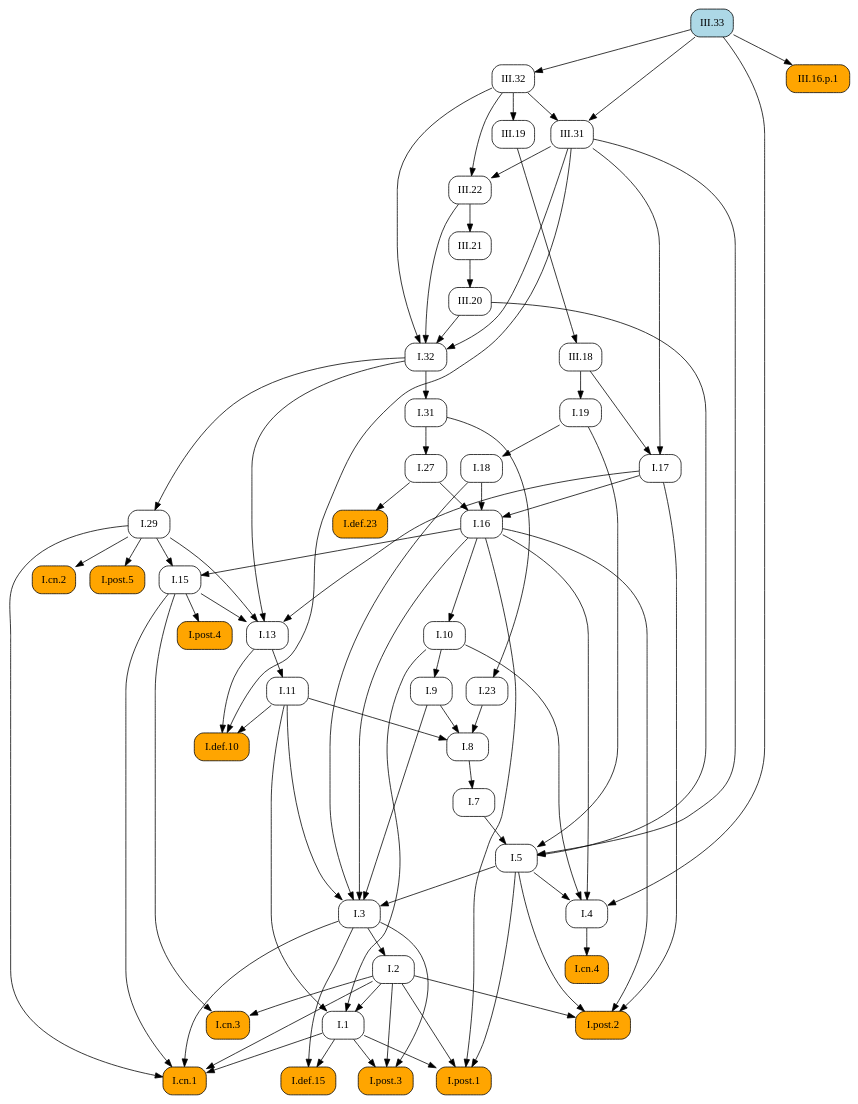
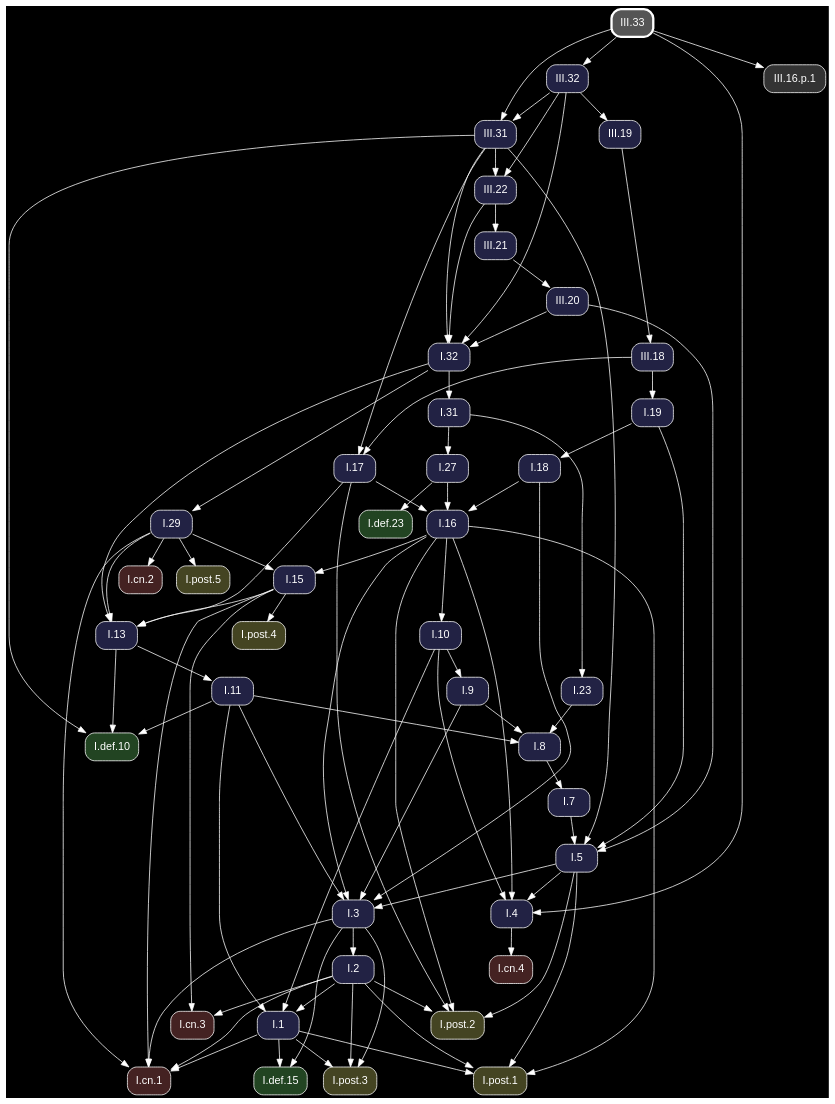
Before and after one commit to geometor/elements: the diagram in docsrc/heath/III/33/index.rst, drawn with Graphviz. The commit also changed other lines of this file and 1200 other files, not shown here.

Commit message:
update dependency graphs

```diff
--- a/docsrc/heath/III/33/index.rst
+++ b/docsrc/heath/III/33/index.rst
@@ -138,77 +138,57 @@
 .. graphviz::
 
    digraph {
+     bgcolor="black";
+     node [shape=box, style="rounded,filled", fontname="Helvetica", color="white", fontcolor="white"];
+     edge [color="white", fontcolor="white"];
      rankdir="TB";
-     node [shape=box, style=rounded];
-     "I.23" [URL="/heath/I/23/", target="_top"];
-     "I.9" [URL="/heath/I/9/", target="_top"];
-     "I.32" [URL="/heath/I/32/", target="_top"];
-     "III.16.p.1" [style="rounded,filled", fillcolor=orange];
-     "I.def.15" [style="rounded,filled", fillcolor=orange, URL="/heath/I/def.15/", target="_top"];
-     "I.post.3" [style="rounded,filled", fillcolor=orange, URL="/heath/I/post.3/", target="_top"];
-     "I.post.1" [style="rounded,filled", fillcolor=orange, URL="/heath/I/post.1/", target="_top"];
-     "I.19" [URL="/heath/I/19/", target="_top"];
-     "III.20" [URL="/heath/III/20/", target="_top"];
-     "III.19" [URL="/heath/III/19/", target="_top"];
-     "I.31" [URL="/heath/I/31/", target="_top"];
-     "III.22" [URL="/heath/III/22/", target="_top"];
-     "I.def.10" [style="rounded,filled", fillcolor=orange, URL="/heath/I/def.10/", target="_top"];
-     "I.18" [URL="/heath/I/18/", target="_top"];
-     "I.27" [URL="/heath/I/27/", target="_top"];
-     "I.3" [URL="/heath/I/3/", target="_top"];
-     "I.cn.1" [style="rounded,filled", fillcolor=orange, URL="/heath/I/cn.1/", target="_top"];
-     "III.18" [URL="/heath/III/18/", target="_top"];
-     "I.7" [URL="/heath/I/7/", target="_top"];
-     "III.32" [URL="/heath/III/32/", target="_top"];
-     "I.2" [URL="/heath/I/2/", target="_top"];
-     "I.13" [URL="/heath/I/13/", target="_top"];
-     "I.post.4" [style="rounded,filled", fillcolor=orange, URL="/heath/I/post.4/", target="_top"];
-     "I.4" [URL="/heath/I/4/", target="_top"];
-     "I.1" [URL="/heath/I/1/", target="_top"];
-     "I.5" [URL="/heath/I/5/", target="_top"];
-     "I.17" [URL="/heath/I/17/", target="_top"];
-     "I.8" [URL="/heath/I/8/", target="_top"];
-     "I.29" [URL="/heath/I/29/", target="_top"];
-     "I.cn.3" [style="rounded,filled", fillcolor=orange, URL="/heath/I/cn.3/", target="_top"];
-     "I.16" [URL="/heath/I/16/", target="_top"];
-     "III.31" [URL="/heath/III/31/", target="_top"];
-     "III.33" [style="rounded,filled", fillcolor=lightblue, URL="/heath/III/33/", target="_top"];
-     "I.15" [URL="/heath/I/15/", target="_top"];
-     "I.10" [URL="/heath/I/10/", target="_top"];
-     "I.11" [URL="/heath/I/11/", target="_top"];
-     "I.def.23" [style="rounded,filled", fillcolor=orange, URL="/heath/I/def.23/", target="_top"];
-     "I.cn.2" [style="rounded,filled", fillcolor=orange, URL="/heath/I/cn.2/", target="_top"];
-     "I.post.5" [style="rounded,filled", fillcolor=orange, URL="/heath/I/post.5/", target="_top"];
-     "I.cn.4" [style="rounded,filled", fillcolor=orange, URL="/heath/I/cn.4/", target="_top"];
-     "III.21" [URL="/heath/III/21/", target="_top"];
-     "I.post.2" [style="rounded,filled", fillcolor=orange, URL="/heath/I/post.2/", target="_top"];
-     "I.31" -> "I.23";
-     "I.10" -> "I.9";
+     "I.31" [fillcolor="#222244", URL="/heath/I/31/", target="_top"];
+     "I.32" [fillcolor="#222244", URL="/heath/I/32/", target="_top"];
+     "I.3" [fillcolor="#222244", URL="/heath/I/3/", target="_top"];
+     "I.cn.1" [fillcolor="#442222", URL="/heath/I/cn.1/", target="_top"];
+     "I.19" [fillcolor="#222244", URL="/heath/I/19/", target="_top"];
+     "I.def.10" [fillcolor="#224422", URL="/heath/I/def.10/", target="_top"];
+     "III.32" [fillcolor="#222244", URL="/heath/III/32/", target="_top"];
+     "I.15" [fillcolor="#222244", URL="/heath/I/15/", target="_top"];
+     "III.18" [fillcolor="#222244", URL="/heath/III/18/", target="_top"];
+     "I.13" [fillcolor="#222244", URL="/heath/I/13/", target="_top"];
+     "I.27" [fillcolor="#222244", URL="/heath/I/27/", target="_top"];
+     "I.2" [fillcolor="#222244", URL="/heath/I/2/", target="_top"];
+     "I.cn.2" [fillcolor="#442222", URL="/heath/I/cn.2/", target="_top"];
+     "I.9" [fillcolor="#222244", URL="/heath/I/9/", target="_top"];
+     "I.1" [fillcolor="#222244", URL="/heath/I/1/", target="_top"];
+     "I.post.5" [fillcolor="#444422", URL="/heath/I/post.5/", target="_top"];
+     "I.post.4" [fillcolor="#444422", URL="/heath/I/post.4/", target="_top"];
+     "I.23" [fillcolor="#222244", URL="/heath/I/23/", target="_top"];
+     "I.8" [fillcolor="#222244", URL="/heath/I/8/", target="_top"];
+     "I.4" [fillcolor="#222244", URL="/heath/I/4/", target="_top"];
+     "III.33" [penwidth=3, color="white", fillcolor="#555555", URL="/heath/III/33/", target="_top"];
+     "I.7" [fillcolor="#222244", URL="/heath/I/7/", target="_top"];
+     "I.5" [fillcolor="#222244", URL="/heath/I/5/", target="_top"];
+     "I.10" [fillcolor="#222244", URL="/heath/I/10/", target="_top"];
+     "III.22" [fillcolor="#222244", URL="/heath/III/22/", target="_top"];
+     "I.post.1" [fillcolor="#444422", URL="/heath/I/post.1/", target="_top"];
+     "I.11" [fillcolor="#222244", URL="/heath/I/11/", target="_top"];
+     "I.16" [fillcolor="#222244", URL="/heath/I/16/", target="_top"];
+     "I.cn.3" [fillcolor="#442222", URL="/heath/I/cn.3/", target="_top"];
+     "III.21" [fillcolor="#222244", URL="/heath/III/21/", target="_top"];
+     "I.post.2" [fillcolor="#444422", URL="/heath/I/post.2/", target="_top"];
+     "I.29" [fillcolor="#222244", URL="/heath/I/29/", target="_top"];
+     "I.cn.4" [fillcolor="#442222", URL="/heath/I/cn.4/", target="_top"];
+     "I.def.23" [fillcolor="#224422", URL="/heath/I/def.23/", target="_top"];
+     "III.19" [fillcolor="#222244", URL="/heath/III/19/", target="_top"];
+     "III.31" [fillcolor="#222244", URL="/heath/III/31/", target="_top"];
+     "I.post.3" [fillcolor="#444422", URL="/heath/I/post.3/", target="_top"];
+     "I.18" [fillcolor="#222244", URL="/heath/I/18/", target="_top"];
+     "III.20" [fillcolor="#222244", URL="/heath/III/20/", target="_top"];
+     "I.def.15" [fillcolor="#224422", URL="/heath/I/def.15/", target="_top"];
+     "I.17" [fillcolor="#222244", URL="/heath/I/17/", target="_top"];
+     "III.16.p.1" [fillcolor="#333333"];
+     "I.32" -> "I.31";
      "III.20" -> "I.32";
      "III.22" -> "I.32";
      "III.31" -> "I.32";
      "III.32" -> "I.32";
-     "III.33" -> "III.16.p.1";
-     "I.1" -> "I.def.15";
-     "I.3" -> "I.def.15";
-     "I.1" -> "I.post.3";
-     "I.2" -> "I.post.3";
-     "I.3" -> "I.post.3";
-     "I.1" -> "I.post.1";
-     "I.2" -> "I.post.1";
-     "I.5" -> "I.post.1";
-     "I.16" -> "I.post.1";
-     "III.18" -> "I.19";
-     "III.21" -> "III.20";
-     "III.32" -> "III.19";
-     "I.32" -> "I.31";
-     "III.31" -> "III.22";
-     "III.32" -> "III.22";
-     "I.11" -> "I.def.10";
-     "I.13" -> "I.def.10";
-     "III.31" -> "I.def.10";
-     "I.19" -> "I.18";
-     "I.31" -> "I.27";
      "I.5" -> "I.3";
      "I.9" -> "I.3";
      "I.11" -> "I.3";
@@ -219,50 +199,72 @@
      "I.3" -> "I.cn.1";
      "I.15" -> "I.cn.1";
      "I.29" -> "I.cn.1";
+     "III.18" -> "I.19";
+     "I.11" -> "I.def.10";
+     "I.13" -> "I.def.10";
+     "III.31" -> "I.def.10";
+     "III.33" -> "III.32";
+     "I.16" -> "I.15";
+     "I.29" -> "I.15";
      "III.19" -> "III.18";
-     "I.8" -> "I.7";
-     "III.33" -> "III.32";
-     "I.3" -> "I.2";
      "I.15" -> "I.13";
      "I.17" -> "I.13";
      "I.29" -> "I.13";
      "I.32" -> "I.13";
+     "I.31" -> "I.27";
+     "I.3" -> "I.2";
+     "I.29" -> "I.cn.2";
+     "I.10" -> "I.9";
+     "I.2" -> "I.1";
+     "I.10" -> "I.1";
+     "I.11" -> "I.1";
+     "I.29" -> "I.post.5";
      "I.15" -> "I.post.4";
+     "I.31" -> "I.23";
+     "I.9" -> "I.8";
+     "I.11" -> "I.8";
+     "I.23" -> "I.8";
      "I.5" -> "I.4";
      "I.10" -> "I.4";
      "I.16" -> "I.4";
      "III.33" -> "I.4";
-     "I.2" -> "I.1";
-     "I.10" -> "I.1";
-     "I.11" -> "I.1";
+     "I.8" -> "I.7";
      "I.7" -> "I.5";
      "I.19" -> "I.5";
      "III.20" -> "I.5";
      "III.31" -> "I.5";
-     "III.18" -> "I.17";
-     "III.31" -> "I.17";
-     "I.9" -> "I.8";
-     "I.11" -> "I.8";
-     "I.23" -> "I.8";
-     "I.32" -> "I.29";
-     "I.2" -> "I.cn.3";
-     "I.15" -> "I.cn.3";
+     "I.16" -> "I.10";
+     "III.31" -> "III.22";
+     "III.32" -> "III.22";
+     "I.1" -> "I.post.1";
+     "I.2" -> "I.post.1";
+     "I.5" -> "I.post.1";
+     "I.16" -> "I.post.1";
+     "I.13" -> "I.11";
      "I.17" -> "I.16";
      "I.18" -> "I.16";
      "I.27" -> "I.16";
-     "III.32" -> "III.31";
-     "III.33" -> "III.31";
-     "I.16" -> "I.15";
-     "I.29" -> "I.15";
-     "I.16" -> "I.10";
-     "I.13" -> "I.11";
-     "I.27" -> "I.def.23";
-     "I.29" -> "I.cn.2";
-     "I.29" -> "I.post.5";
-     "I.4" -> "I.cn.4";
+     "I.2" -> "I.cn.3";
+     "I.15" -> "I.cn.3";
      "III.22" -> "III.21";
      "I.2" -> "I.post.2";
      "I.5" -> "I.post.2";
      "I.16" -> "I.post.2";
      "I.17" -> "I.post.2";
+     "I.32" -> "I.29";
+     "I.4" -> "I.cn.4";
+     "I.27" -> "I.def.23";
+     "III.32" -> "III.19";
+     "III.32" -> "III.31";
+     "III.33" -> "III.31";
+     "I.1" -> "I.post.3";
+     "I.2" -> "I.post.3";
+     "I.3" -> "I.post.3";
+     "I.19" -> "I.18";
+     "III.21" -> "III.20";
+     "I.1" -> "I.def.15";
+     "I.3" -> "I.def.15";
+     "III.18" -> "I.17";
+     "III.31" -> "I.17";
+     "III.33" -> "III.16.p.1";
    }
```
